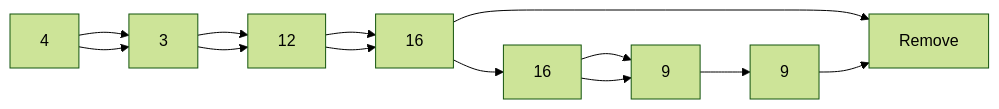
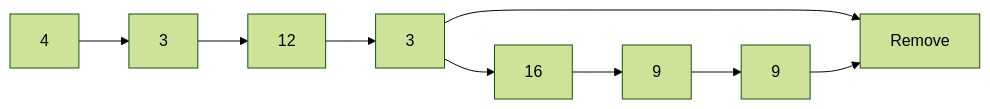
The second of 6 diagrams in remove-duplicates-from-a-linked-list.md (Jeffrey-S-Smith/reading-notes-401), drawn with Mermaid (forest theme) before and after one commit. The commit also changed other lines of this file, not shown here.

````diff
--- a/remove-duplicates-from-a-linked-list.md
+++ b/remove-duplicates-from-a-linked-list.md
@@ -31,14 +31,9 @@
 ```mermaid
     graph LR
     A[4] --> B[3]
     B --> C[12]
     C --> D[3] --> Remove
     D --> E[16]
     E --> F[9]
     F --> G[9] --> Remove
-
-     A[4] --> B[3]
-      B --> C[12]
-      C --> D[16]
-      E --> F[9]
 ```
````
